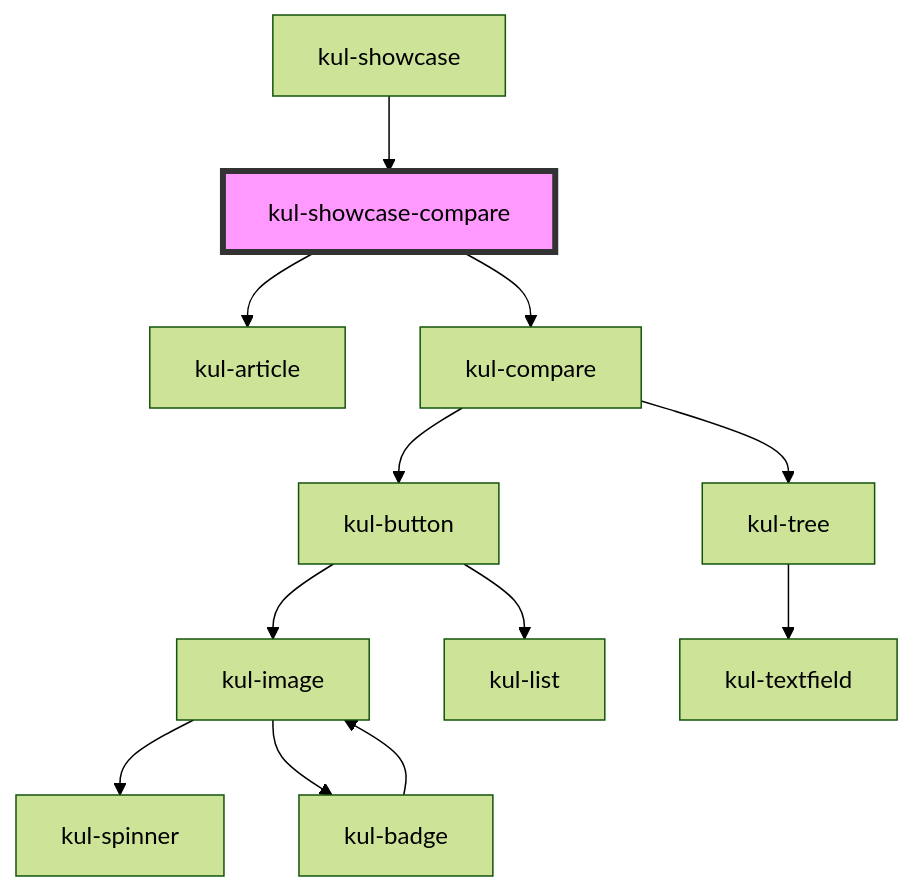
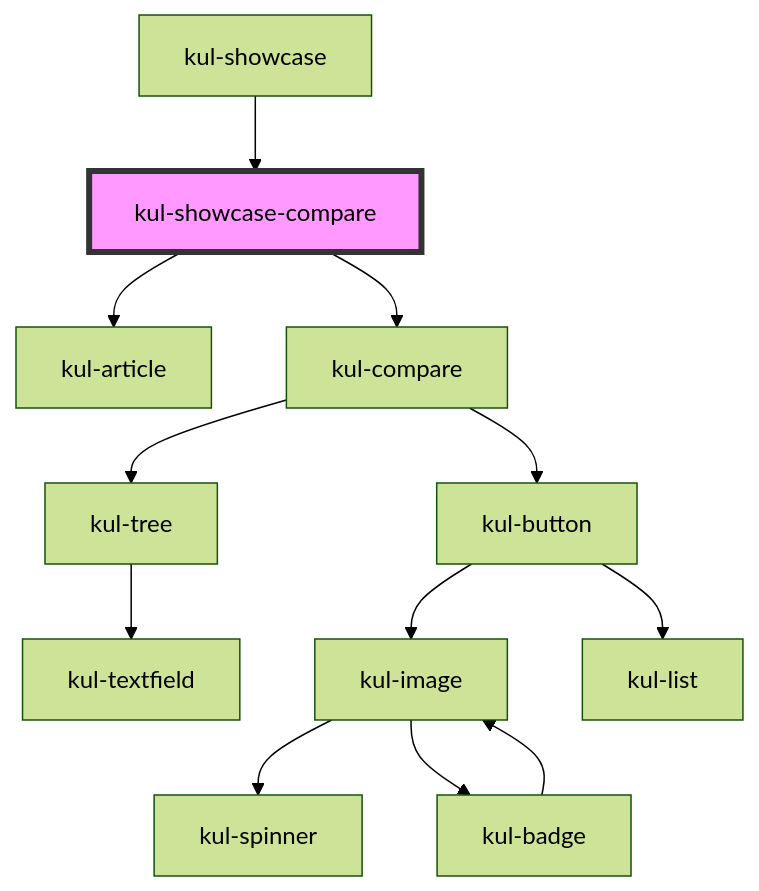
Before and after one commit to lucafoscili/ketchup-lite: the diagram in packages/ketchup-lite/src/components/kul-showcase/components/compare/readme.md, drawn with Mermaid (forest theme). The commit also changed other lines of this file and 29 other files, not shown here.

````diff
--- a/packages/ketchup-lite/src/components/kul-showcase/components/compare/readme.md
+++ b/packages/ketchup-lite/src/components/kul-showcase/components/compare/readme.md
@@ -28,15 +28,15 @@
 ```mermaid
 graph TD;
   kul-showcase-compare --> kul-article
   kul-showcase-compare --> kul-compare
+  kul-compare --> kul-tree
   kul-compare --> kul-button
-  kul-compare --> kul-tree
+  kul-tree --> kul-textfield
   kul-button --> kul-image
   kul-button --> kul-list
   kul-image --> kul-spinner
   kul-image --> kul-badge
   kul-badge --> kul-image
-  kul-tree --> kul-textfield
   kul-showcase --> kul-showcase-compare
   style kul-showcase-compare fill:#f9f,stroke:#333,stroke-width:4px
 ```
````
